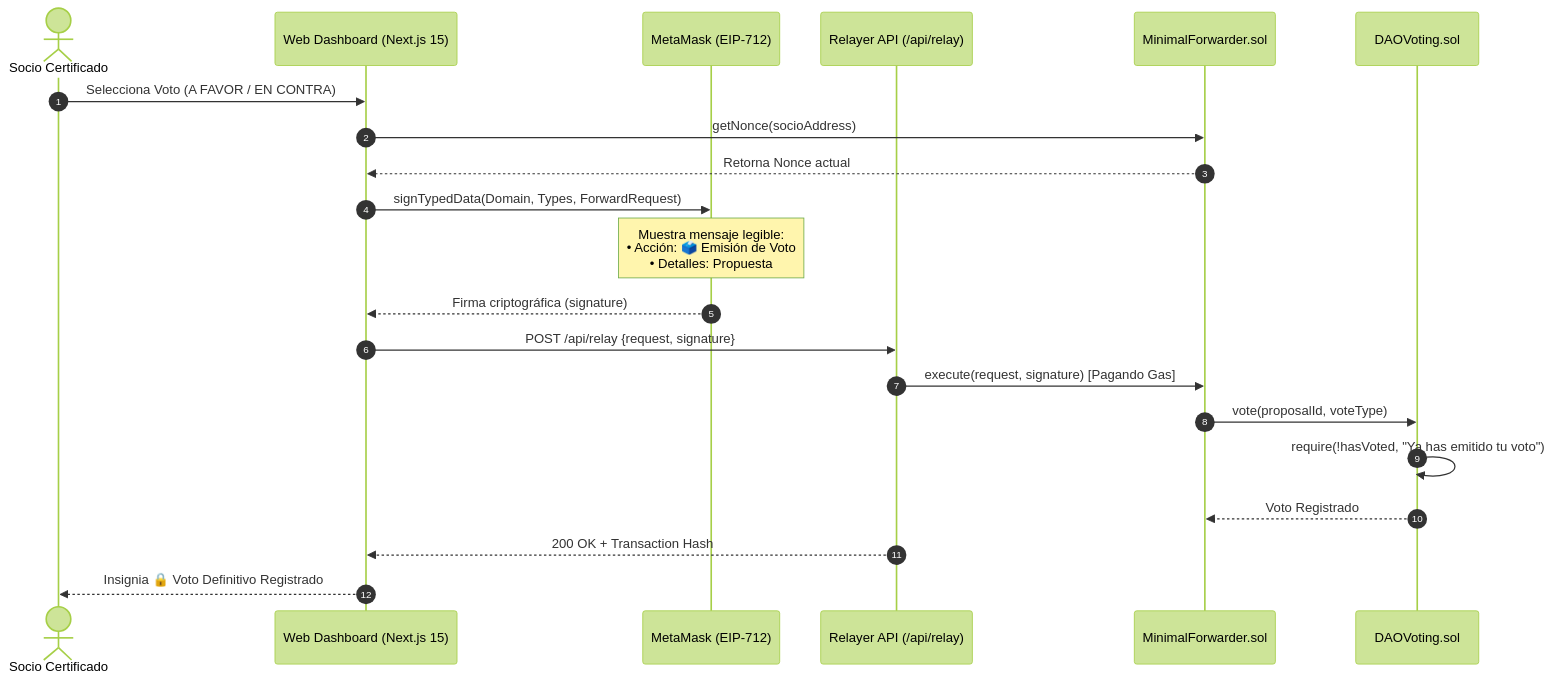
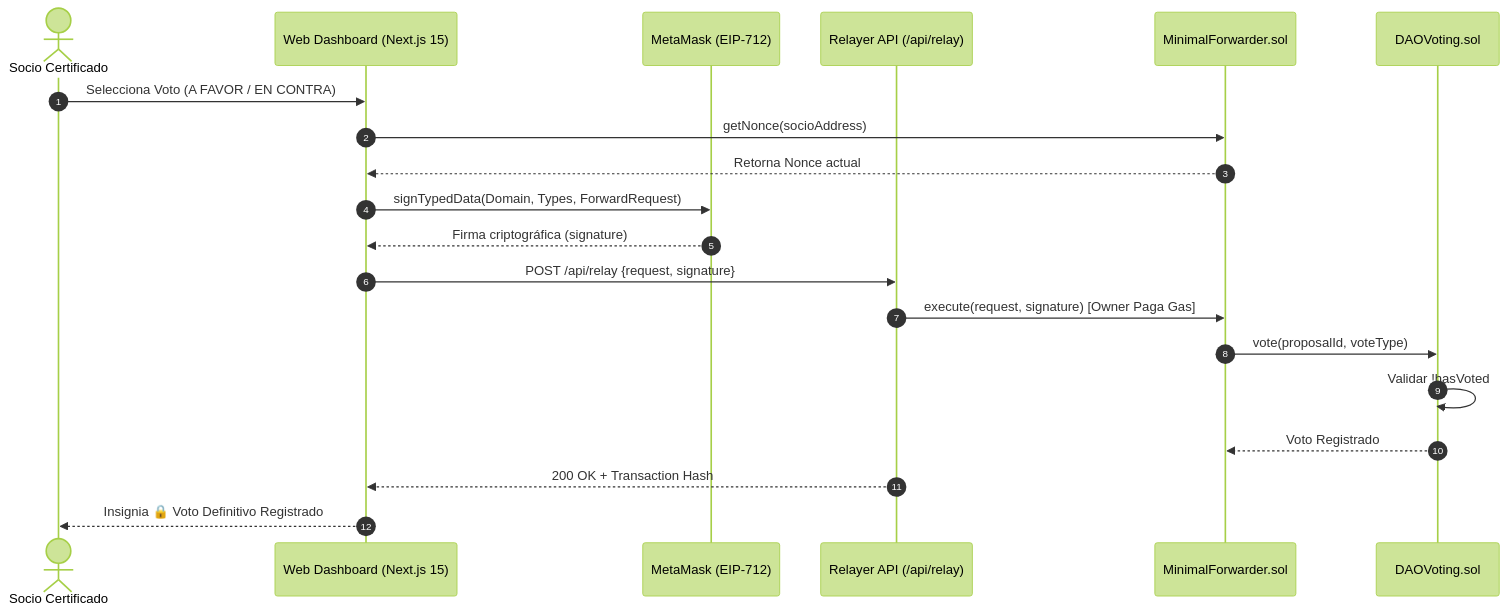
The first of 2 diagrams in docs/CASOS_DE_USO_Y_DIAGRAMAS.md (anlucorporations/dao), drawn with Mermaid (forest theme) before and after one commit. The commit also changed other lines of this file and 8 other files, not shown here.

````diff
--- a/docs/CASOS_DE_USO_Y_DIAGRAMAS.md
+++ b/docs/CASOS_DE_USO_Y_DIAGRAMAS.md
@@ -74,24 +81,23 @@
 ```mermaid
 sequenceDiagram
     autonumber
     actor Socio as Socio Certificado
     participant Web as Web Dashboard (Next.js 15)
     participant MM as MetaMask (EIP-712)
     participant API as Relayer API (/api/relay)
     participant FWD as MinimalForwarder.sol
     participant DAO as DAOVoting.sol
 
     Socio->>Web: Selecciona Voto (A FAVOR / EN CONTRA)
     Web->>FWD: getNonce(socioAddress)
     FWD-->>Web: Retorna Nonce actual
     Web->>MM: signTypedData(Domain, Types, ForwardRequest)
-    Note over MM: Muestra mensaje legible:<br/>• Acción: 🗳️ Emisión de Voto<br/>• Detalles: Propuesta #1 | 👍 A FAVOR
     MM-->>Web: Firma criptográfica (signature)
     Web->>API: POST /api/relay {request, signature}
-    API->>FWD: execute(request, signature) [Pagando Gas]
+    API->>FWD: execute(request, signature) [Owner Paga Gas]
     FWD->>DAO: vote(proposalId, voteType)
-    DAO->>DAO: require(!hasVoted, "Ya has emitido tu voto")
+    DAO->>DAO: Validar !hasVoted
     DAO-->>FWD: Voto Registrado
     API-->>Web: 200 OK + Transaction Hash
     Web-->>Socio: Insignia 🔒 Voto Definitivo Registrado
 ```
````
